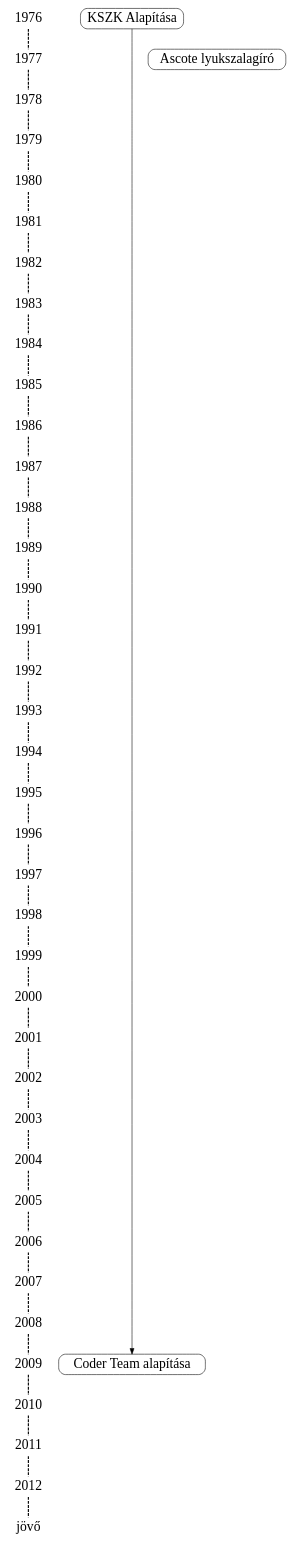
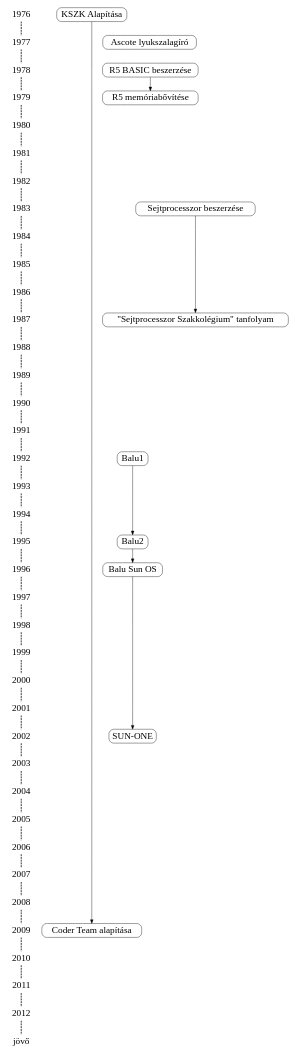
Before and after one commit to Cangooroo/KSZK: the diagram in timeline.dot, drawn with Graphviz.

Commit message:
beleraktam még pár dolgot, kezd egész jól kinézni

```diff
--- a/timeline.dot
+++ b/timeline.dot
@@ -1,156 +1,159 @@
 digraph timeline {
 
 	size = "5,40"
 
 	// Évek
 //asd
 	node [
 		fontsize = 24,
 		fontname = "CMU Typewriter Text",
 		shape = plaintext
 	];
 	edge [
 		//color = "#888888",
 		style = dashed,
 		penwidth = 2,
 		arrowhead = none
 	];
 	1976 -> 1977 -> 1978 -> 1979 -> 1980 -> 1981;
 	1981 -> 1982 -> 1983 -> 1984 -> 1985 -> 1986;
 	1986 -> 1987 -> 1988 -> 1989 -> 1990 -> 1991;
 	1991 -> 1992 -> 1993 -> 1994 -> 1995 -> 1996;
 	1996 -> 1997 -> 1998 -> 1999 -> 2000 -> 2001;
 	2001 -> 2002 -> 2003 -> 2004 -> 2005 -> 2006;
 	2006 -> 2007 -> 2008 -> 2009 -> 2010 -> 2011;
 	2011 -> 2012 -> jövő;
 
 	// Események
 	node [
 		fontsize = 24,
 		fontname = "CMU Typewriter Text",
 		shape = box,
 		style = rounded
 	];
 	edge [
 		style = solid,
 		color = "#000000",
 		penwidth = 1,
 		arrowhead = normal,
 		arrowsize = 1,
 	];
 	// Események, évek szerint
 	{ rank=same; 1976
 		KSZKAlapitas [ label = "KSZK Alapítása" ]
 	}
 	{ rank=same; 1977
 		Ascote [ label = "Ascote lyukszalagíró" ]
 	}
 	{ rank=same; 1978
-		//...
+		R5_BASIC [ label = "R5 BASIC beszerzése" ]
 	}
 	{ rank=same; 1979
-		//...
+		R5_MEM [ label = "R5 memóriabővítése" ]
 	}
 	{ rank=same; 1980
 		//...
 	}
 	{ rank=same; 1981
 		//...
 	}
 	{ rank=same; 1982
 		//...
 	}
 	{ rank=same; 1983
-		//...
+		SEJTPROC [ label = "Sejtprocesszor beszerzése" ]
 	}
 	{ rank=same; 1984
 		//...
 	}
 	{ rank=same; 1985
 		//...
 	}
 	{ rank=same; 1986
 		//...
 	}
 	{ rank=same; 1987
-		//...
+		SEJTPROC_TANF [ label = "\"Sejtprocesszor Szakkolégium\" tanfolyam" ]
 	}
 	{ rank=same; 1988
 		//...
 	}
 	{ rank=same; 1989
 		//...
 	}
 	{ rank=same; 1990
 		//...
 	}
 	{ rank=same; 1991
 		//...
 	}
 	{ rank=same; 1992
-		//...
+		BALU1 [ label = "Balu1" ]
 	}
 	{ rank=same; 1993
 		//...
 	}
 	{ rank=same; 1994
 		//...
 	}
 	{ rank=same; 1995
-		//...
+		BALU2 [ label = "Balu2" ]
 	}
 	{ rank=same; 1996
-		//...
+		BALU3 [ label = "Balu Sun OS" ]
 	}
 	{ rank=same; 1997
 		//...
 	}
 	{ rank=same; 1998
 		//...
 	}
 	{ rank=same; 1999
 		//...
 	}
 	{ rank=same; 2000
 		//...
 	}
 	{ rank=same; 2001
 		//...
 	}
 	{ rank=same; 2002
-		//...
+		BALU4 [ label = "SUN-ONE" ]
 	}
 	{ rank=same; 2003
 		//...
 	}
 	{ rank=same; 2004
 		//...
 	}
 	{ rank=same; 2005
 		//...
 	}
 	{ rank=same; 2006
 		//...
 	}
 	{ rank=same; 2007
 		//...
 	}
 	{ rank=same; 2008
 		//...
 	}
 	{ rank=same; 2009
 		CoderTeam [ label = "Coder Team alapítása" ]
 	}
 	{ rank=same; 2010
 		//...
 	}
 	{ rank=same; 2011
 		//...
 	}
 	{ rank=same; 2012
 		//...
 	}
 	
 	// Csoport összekötések
 	KSZKAlapitas -> CoderTeam;
+	R5_BASIC -> R5_MEM;
+	SEJTPROC -> SEJTPROC_TANF;
+	BALU1 -> BALU2 -> BALU3 -> BALU4;
 }
```
